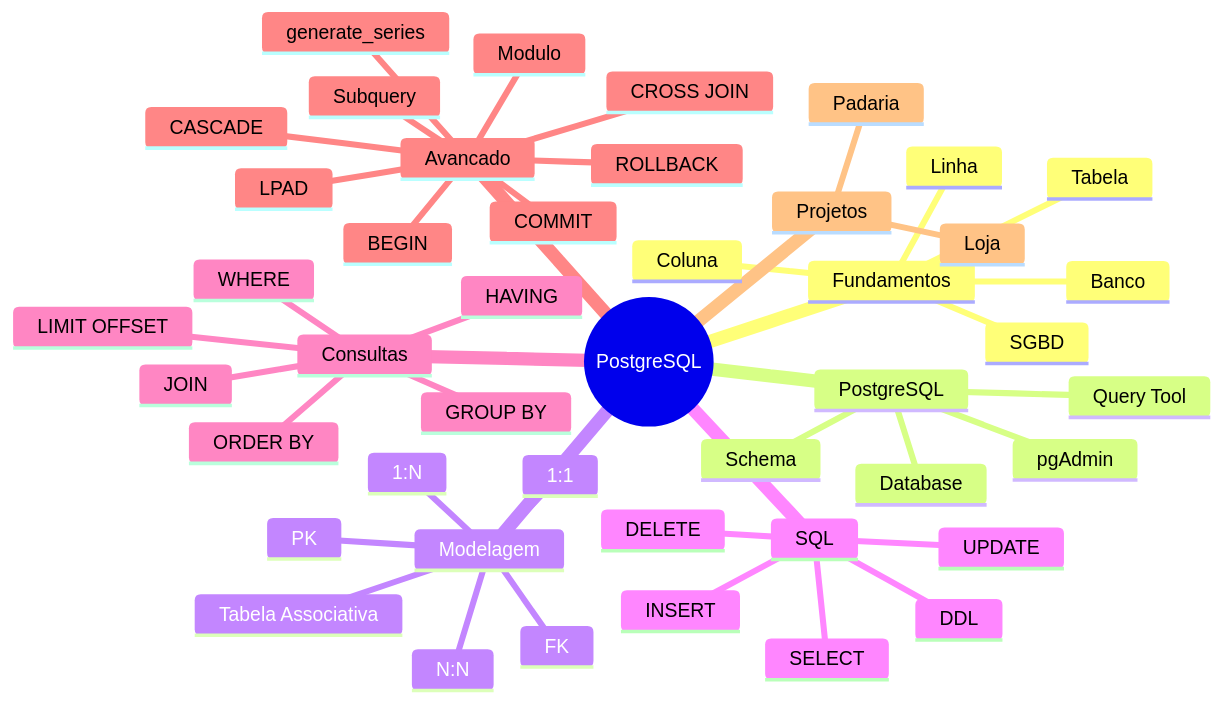
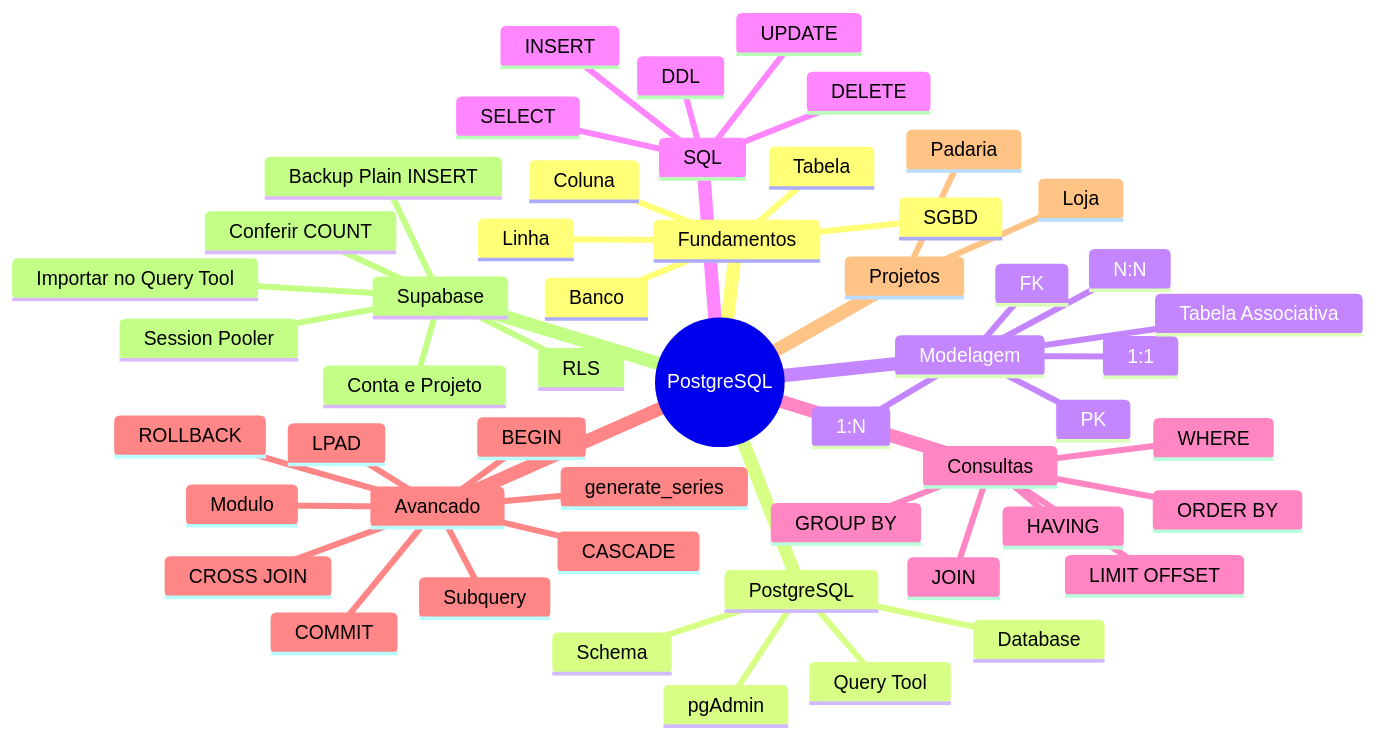
One commit to raphacode/backend_apostilas_md changed the diagram in 02_banco_de_dados/00-INICIO/01-MAPA-GERAL.md. Above: the diagram before and after it, drawn with Mermaid. The commit also changed 19 other files, not shown here.

````diff
--- a/02_banco_de_dados/00-INICIO/01-MAPA-GERAL.md
+++ b/02_banco_de_dados/00-INICIO/01-MAPA-GERAL.md
@@ -3,48 +3,55 @@
 ```mermaid
 mindmap
   root((PostgreSQL))
     Fundamentos
       Banco
       SGBD
       Tabela
       Linha
       Coluna
     PostgreSQL
       pgAdmin
       Query Tool
       Database
       Schema
     Modelagem
       PK
       FK
       1:1
       1:N
       N:N
       Tabela Associativa
     SQL
       DDL
       INSERT
       SELECT
       UPDATE
       DELETE
     Consultas
       WHERE
       ORDER BY
       LIMIT OFFSET
       JOIN
       GROUP BY
       HAVING
     Avancado
       BEGIN
       COMMIT
       ROLLBACK
       CASCADE
       Subquery
       CROSS JOIN
       generate_series
       Modulo
       LPAD
     Projetos
       Loja
       Padaria
+    Supabase
+      Conta e Projeto
+      Session Pooler
+      Backup Plain INSERT
+      Importar no Query Tool
+      Conferir COUNT
+      RLS
 ```
````
